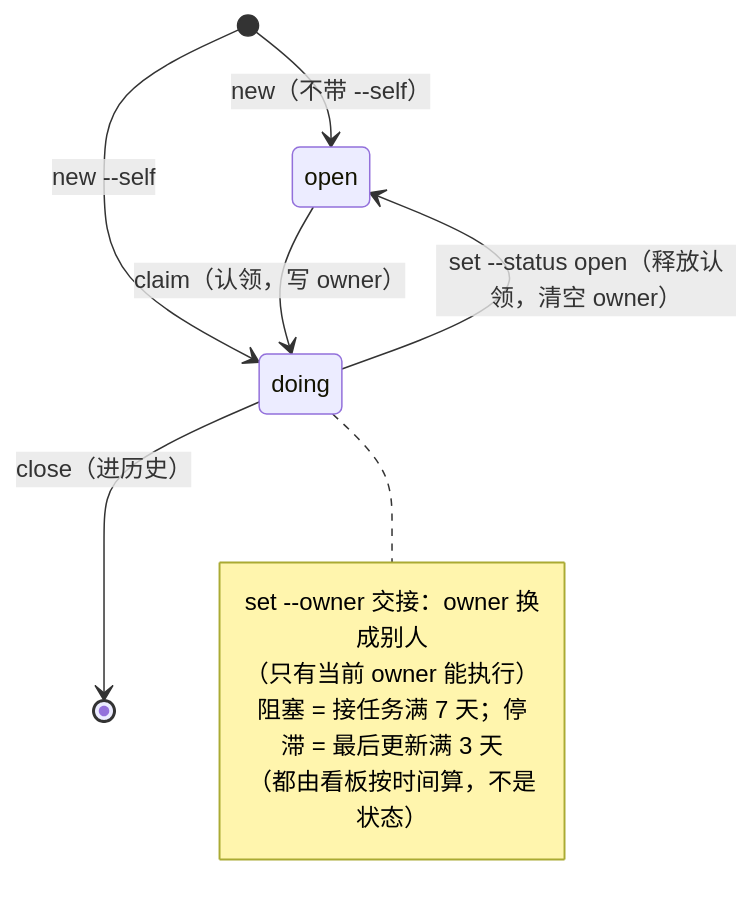
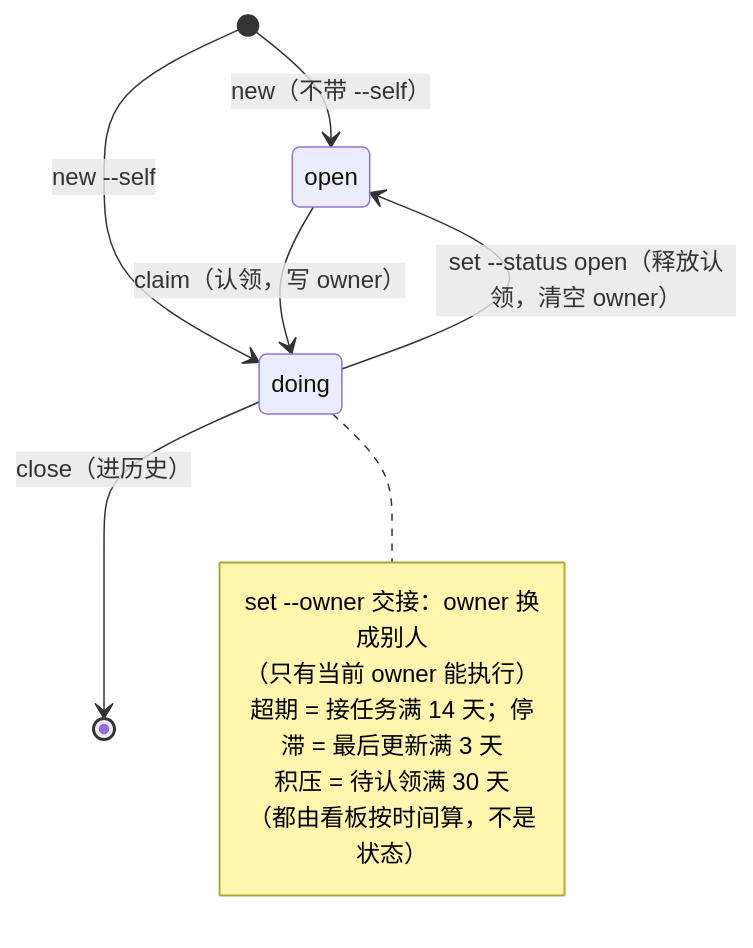
One commit to cq-guojia/dsh-task-ledger changed the second of 2 diagrams in packages/plugin/skill/README.md. Above: the diagram before and after it, drawn with Mermaid. The commit also changed 31 other files, not shown here.

````diff
--- a/packages/plugin/skill/README.md
+++ b/packages/plugin/skill/README.md
@@ -185,14 +185,15 @@
 ```mermaid
 stateDiagram-v2
     [*] --> open: new（不带 --self）
     [*] --> doing: new --self
     open --> doing: claim（认领，写 owner）
     doing --> open: set --status open（释放认领，清空 owner）
     doing --> [*]: close（进历史）
     note right of doing
         set --owner 交接：owner 换成别人
         （只有当前 owner 能执行）
-        阻塞 = 接任务满 7 天；停滞 = 最后更新满 3 天
+        超期 = 接任务满 14 天；停滞 = 最后更新满 3 天
+        积压 = 待认领满 30 天
         （都由看板按时间算，不是状态）
     end note
 ```
````
